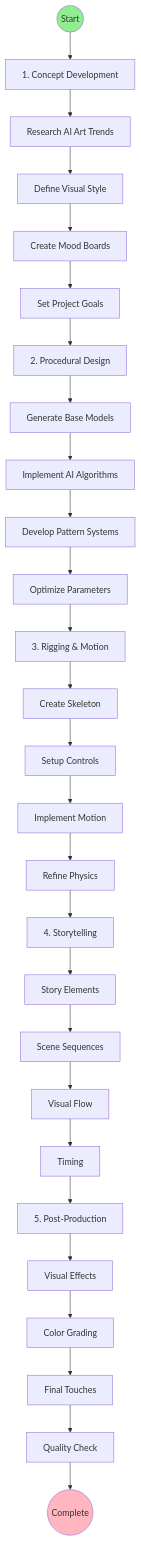
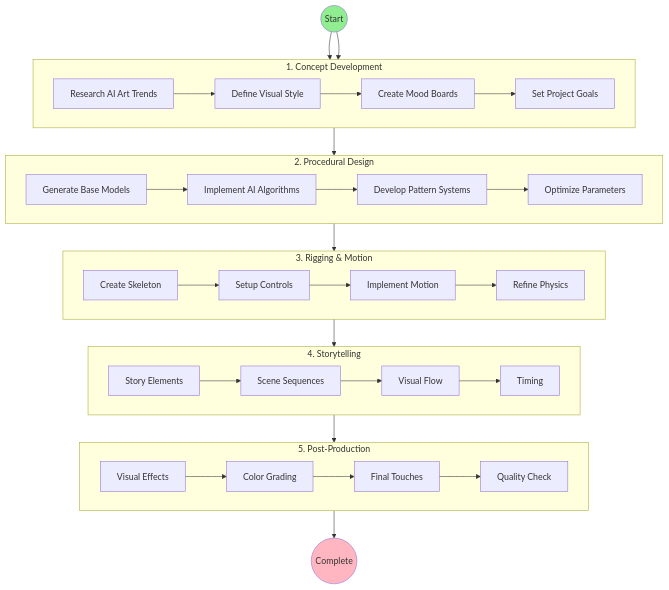
One commit to lionbrush/3d-ai changed the diagram in assets/assets.md. Above: the diagram before and after it, drawn with Mermaid.

````diff
--- a/assets/assets.md
+++ b/assets/assets.md
@@ -3,38 +3,44 @@
 ```mermaid
-flowchart TD
+graph TD
     Start((Start)) --> Concept
-    
-    Concept[1. Concept Development] --> A1
-    A1[Research AI Art Trends] --> A2[Define Visual Style]
-    A2 --> A3[Create Mood Boards]
-    A3 --> A4[Set Project Goals]
-    
-    A4 --> Procedural[2. Procedural Design]
-    Procedural --> B1[Generate Base Models]
-    B1 --> B2[Implement AI Algorithms]
-    B2 --> B3[Develop Pattern Systems]
-    B3 --> B4[Optimize Parameters]
-    
-    B4 --> Rigging[3. Rigging & Motion]
-    Rigging --> C1[Create Skeleton]
-    C1 --> C2[Setup Controls]
-    C2 --> C3[Implement Motion]
-    C3 --> C4[Refine Physics]
-    
-    C4 --> Narrative[4. Storytelling]
-    Narrative --> D1[Story Elements]
-    D1 --> D2[Scene Sequences]
-    D2 --> D3[Visual Flow]
-    D3 --> D4[Timing]
-    
-    D4 --> PostFX[5. Post-Production]
-    PostFX --> E1[Visual Effects]
-    E1 --> E2[Color Grading]
-    E2 --> E3[Final Touches]
-    E3 --> E4[Quality Check]
-    
-    E4 --> End((Complete))
+
+    subgraph Concept["1. Concept Development"]
+        A1[Research AI Art Trends] --> A2[Define Visual Style]
+        A2 --> A3[Create Mood Boards]
+        A3 --> A4[Set Project Goals]
+    end
+
+    subgraph Procedural["2. Procedural Design"]
+        B1[Generate Base Models] --> B2[Implement AI Algorithms]
+        B2 --> B3[Develop Pattern Systems]
+        B3 --> B4[Optimize Parameters]
+    end
+
+    subgraph Rigging["3. Rigging & Motion"]
+        C1[Create Skeleton] --> C2[Setup Controls]
+        C2 --> C3[Implement Motion]
+        C3 --> C4[Refine Physics]
+    end
+
+    subgraph Narrative["4. Storytelling"]
+        D1[Story Elements] --> D2[Scene Sequences]
+        D2 --> D3[Visual Flow]
+        D3 --> D4[Timing]
+    end
+
+    subgraph PostFX["5. Post-Production"]
+        E1[Visual Effects] --> E2[Color Grading]
+        E2 --> E3[Final Touches]
+        E3 --> E4[Quality Check]
+    end
+
+    Start --> Concept
+    Concept --> Procedural
+    Procedural --> Rigging
+    Rigging --> Narrative
+    Narrative --> PostFX
+    PostFX --> End((Complete))
 
     style Start fill:#90EE90
     style End fill:#FFB6C1
 ```
````
